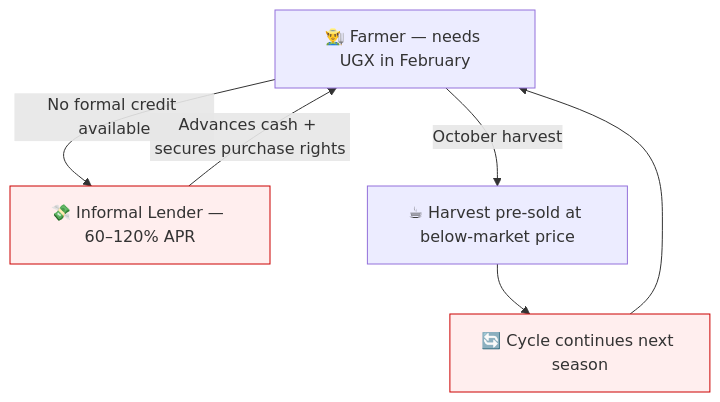
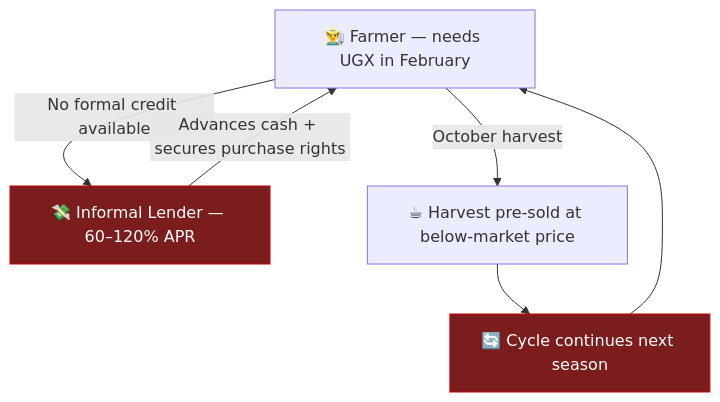
One commit to AsiliChain/docs changed the diagram in src/content/docs/overview/the-problem.mdx. Above: the diagram before and after it, drawn with Mermaid. The commit also changed 325 other files, not shown here.

Commit message:
fix: apply 10 critical fixes — mermaid, double H1, table overflow, theme, contrast, callouts

````diff
--- a/src/content/docs/overview/the-problem.mdx
+++ b/src/content/docs/overview/the-problem.mdx
@@ -12,16 +12,14 @@
 ```mermaid
 graph TD
     F["👨‍🌾 Farmer — needs UGX in February"]
     IL["💸 Informal Lender — 60–120% APR"]
     SOLD["☕ Harvest pre-sold at below-market price"]
     TRAP["🔄 Cycle continues next season"]
-
     F -->|"No formal credit available"| IL
     IL -->|"Advances cash + secures purchase rights"| F
     F -->|"October harvest"| SOLD
     SOLD --> TRAP
     TRAP --> F
-
-    style IL fill:#FFEEEE,stroke:#CC0000
-    style TRAP fill:#FFEEEE,stroke:#CC0000
+    style IL fill:#7B1D1D,color:#FFFFFF,stroke:#CC0000
+    style TRAP fill:#7B1D1D,color:#FFFFFF,stroke:#CC0000
 ```
````
